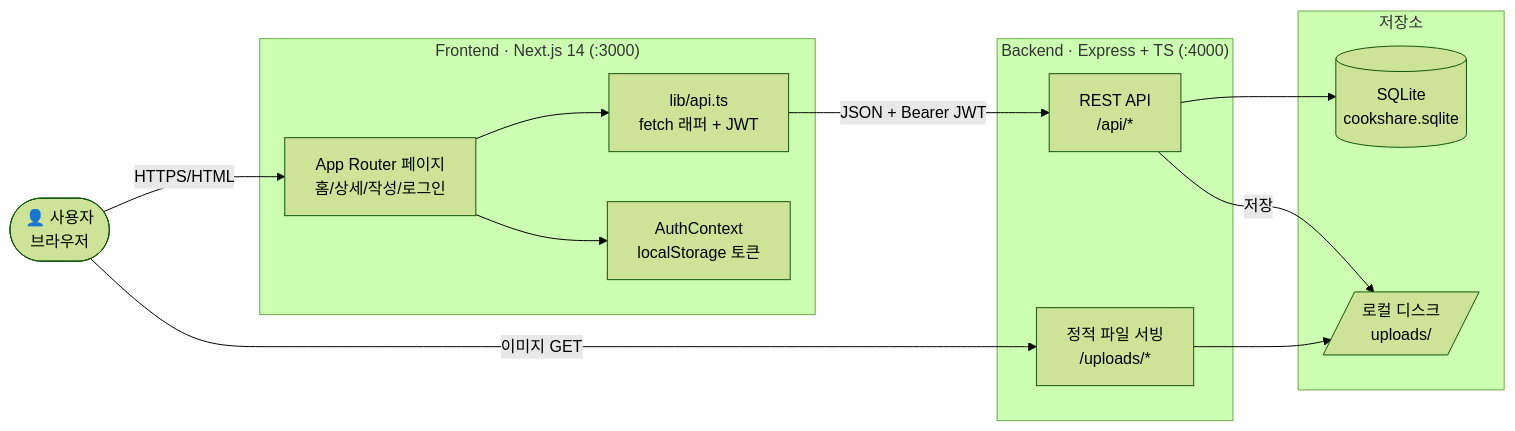
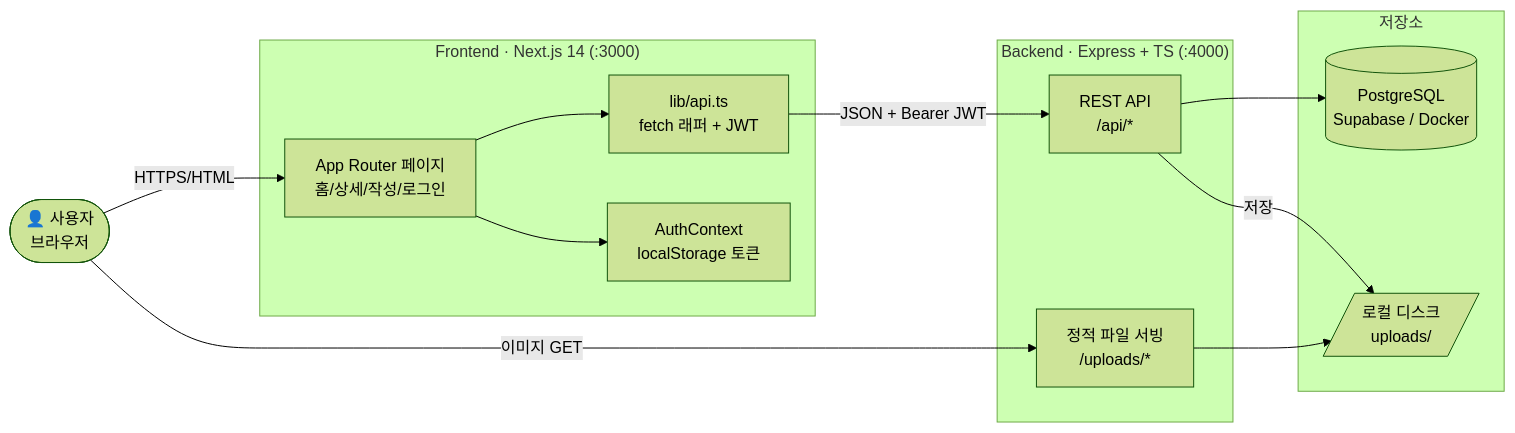
Before and after one commit to ilkwonkim71/cookshare: the first of 9 diagrams in docs/ARCHITECTURE.md, drawn with Mermaid (forest theme). The commit also changed other lines of this file, not shown here.

First line of the commit message:
docs: update architecture diagrams from SQLite to Postgres

````diff
--- a/docs/ARCHITECTURE.md
+++ b/docs/ARCHITECTURE.md
@@ -14,29 +14,29 @@
 ```mermaid
 flowchart LR
     User([👤 사용자<br/>브라우저])
 
     subgraph Frontend["Frontend · Next.js 14 (:3000)"]
         Pages[App Router 페이지<br/>홈/상세/작성/로그인]
         APIClient[lib/api.ts<br/>fetch 래퍼 + JWT]
         AuthCtx[AuthContext<br/>localStorage 토큰]
     end
 
     subgraph Backend["Backend · Express + TS (:4000)"]
         REST[REST API<br/>/api/*]
         Static[정적 파일 서빙<br/>/uploads/*]
     end
 
     subgraph Storage["저장소"]
-        DB[(SQLite<br/>cookshare.sqlite)]
+        DB[(PostgreSQL<br/>Supabase / Docker)]
         Files[/로컬 디스크<br/>uploads//]
     end
 
     User -->|HTTPS/HTML| Pages
     Pages --> APIClient
     Pages --> AuthCtx
     APIClient -->|JSON + Bearer JWT| REST
     User -->|이미지 GET| Static
     REST --> DB
     REST -->|저장| Files
     Static --> Files
 ```
````
